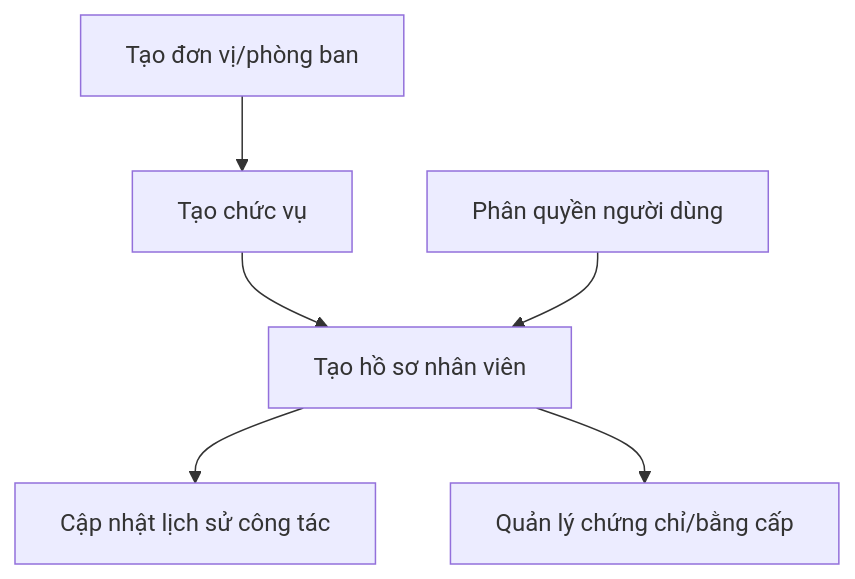
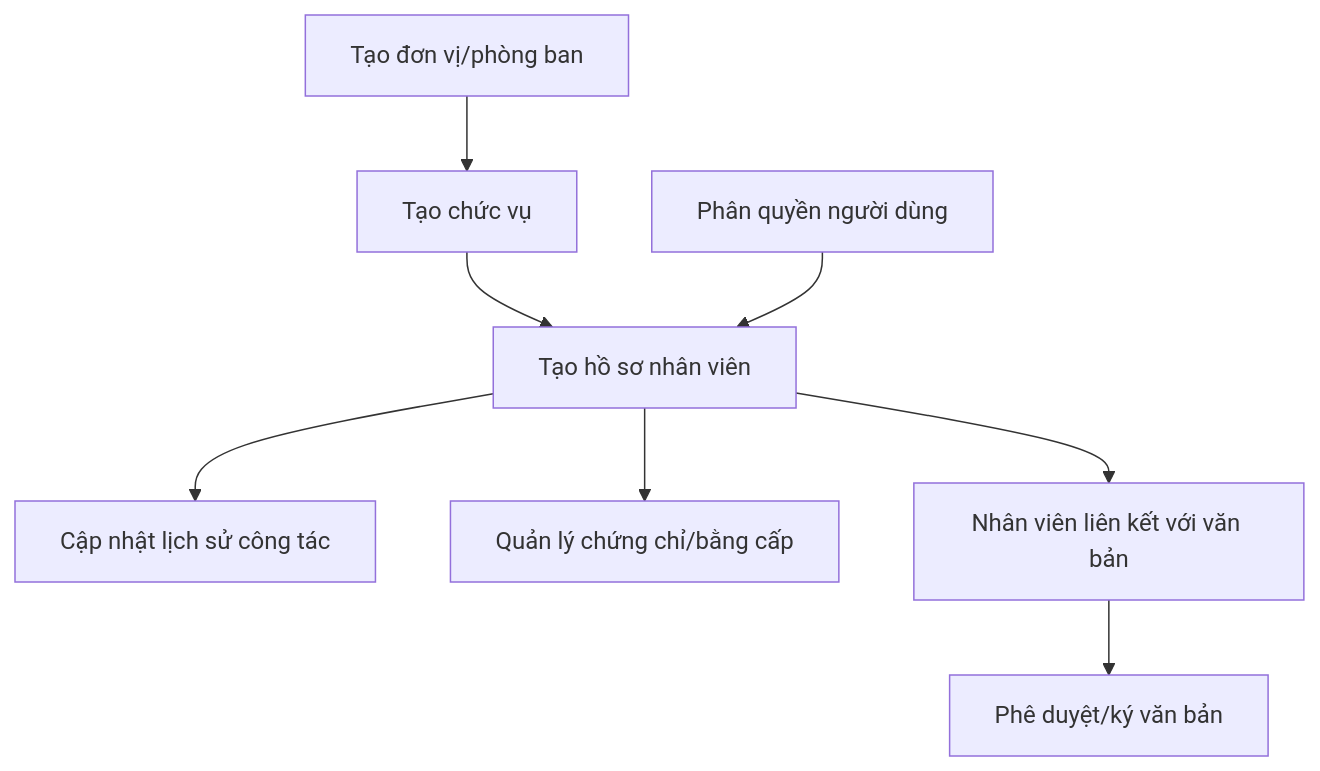
One commit to lamngoctuu18/TTDN-16-01-N6 changed the sixth of 7 diagrams in README.md. Above: the diagram before and after it, drawn with Mermaid. The commit also changed other lines of this file and 31 other files, not shown here.

````diff
--- a/README.md
+++ b/README.md
@@ -162,8 +322,10 @@
 ```mermaid
 flowchart TD
     H1[Tạo đơn vị/phòng ban] --> H2[Tạo chức vụ]
     H2 --> H3[Tạo hồ sơ nhân viên]
     H3 --> H4[Cập nhật lịch sử công tác]
     H3 --> H5[Quản lý chứng chỉ/bằng cấp]
     H6[Phân quyền người dùng] --> H3
+    H7[Nhân viên liên kết với văn bản] --> H8[Phê duyệt/ký văn bản]
+    H3 --> H7
 ```
````
